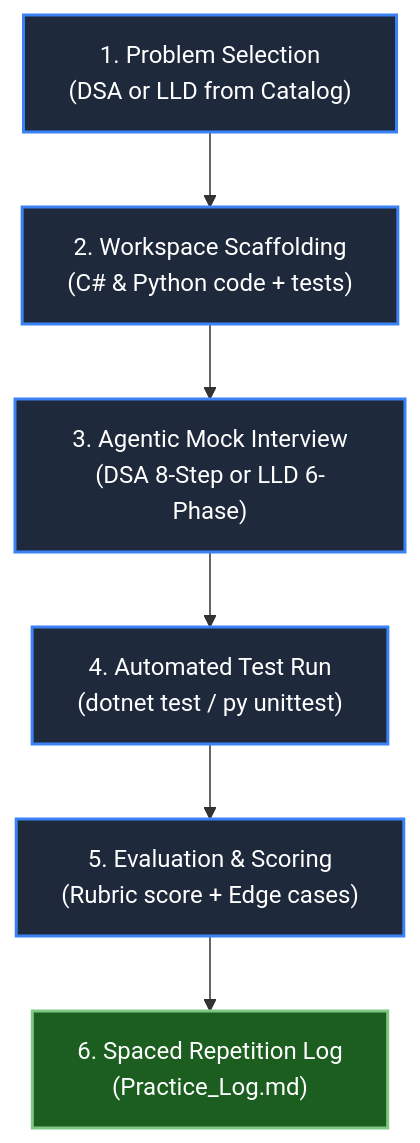
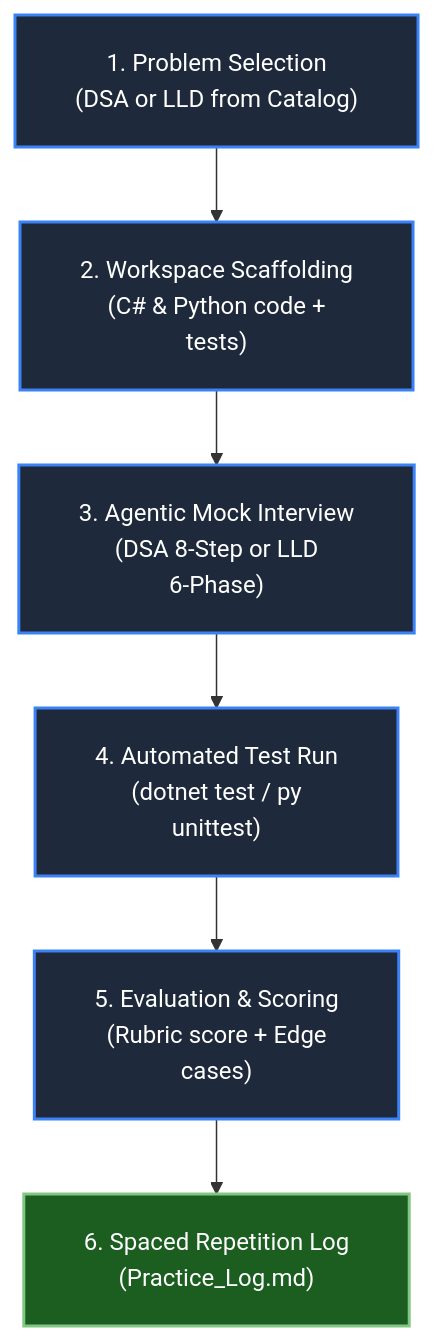
Before and after one commit to dip4k/DSA_102: the diagram in .agents/skills/agentic-practice-orchestrator/SKILL.md, drawn with Mermaid. The commit also changed 108 other files, not shown here.

First line of the commit message:
fix(mermaid): resolve diagram clipping, padding, and syntax issues across repo

````diff
--- a/.agents/skills/agentic-practice-orchestrator/SKILL.md
+++ b/.agents/skills/agentic-practice-orchestrator/SKILL.md
@@ -11,14 +11,15 @@
 ```mermaid
+%%{init: {"flowchart": {"htmlLabels": true, "padding": 20}}}%%
 flowchart TD
     Select["1. Problem Selection<br/>(DSA or LLD from Catalog)"]:::step
-    Scaffold["2. Workspace Scaffolding<br/>(C# & Python code + tests)"]:::step
-    Interview["3. Agentic Mock Interview<br/>(DSA 8-Step or LLD 6-Phase)"]:::step
-    Verify["4. Automated Test Run<br/>(dotnet test / py unittest)"]:::step
-    Evaluate["5. Evaluation & Scoring<br/>(Rubric score + Edge cases)"]:::step
+    Scaffold["2. Workspace Scaffolding<br/>(C# & Python code +<br/>tests)"]:::step
+    Interview["3. Agentic Mock Interview<br/>(DSA 8-Step or LLD<br/>6-Phase)"]:::step
+    Verify["4. Automated Test Run<br/>(dotnet test / py<br/>unittest)"]:::step
+    Evaluate["5. Evaluation & Scoring<br/>(Rubric score + Edge<br/>cases)"]:::step
     Log["6. Spaced Repetition Log<br/>(Practice_Log.md)"]:::complete
 
     Select --> Scaffold --> Interview --> Verify --> Evaluate --> Log
 
     classDef step fill:#1e293b,stroke:#3b82f6,stroke-width:2px,color:#ffffff
     classDef complete fill:#1b5e20,stroke:#81c784,stroke-width:2px,color:#ffffff
 ```
````
